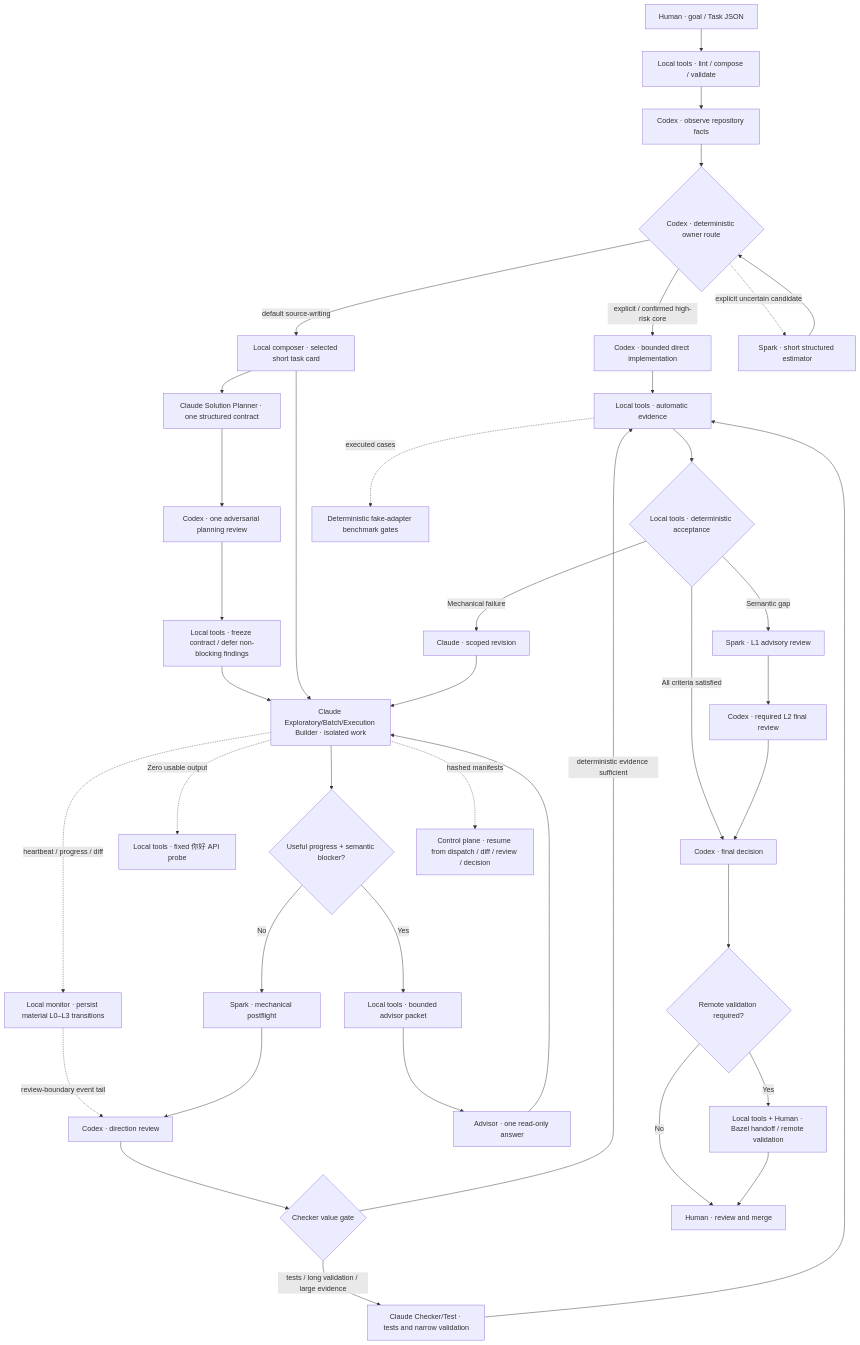
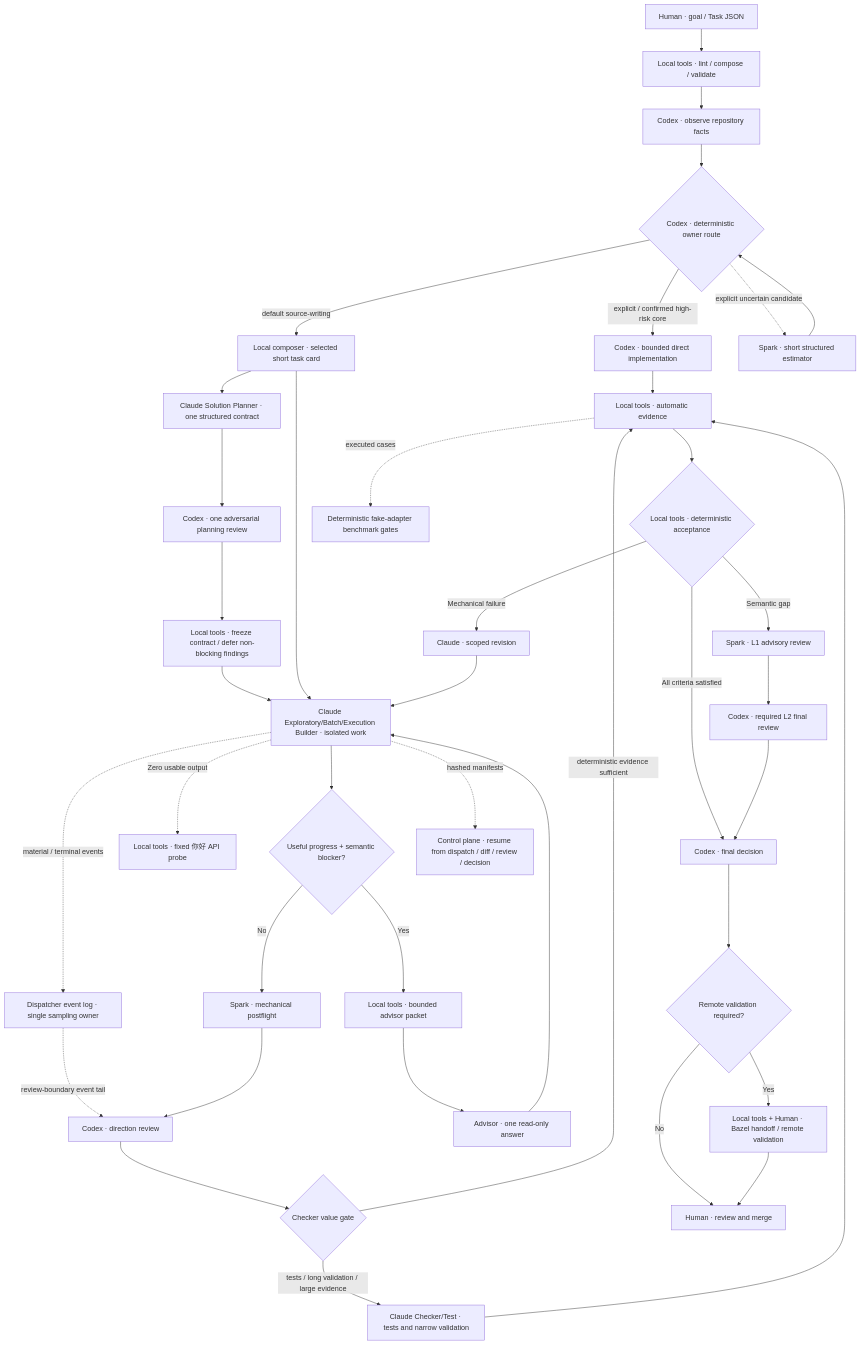
The diagram in README.md (luozj1020/ai-coding-workflow), drawn with Mermaid before and after one commit. The commit also changed other lines of this file and 61 other files, not shown here.

````diff
--- a/README.md
+++ b/README.md
@@ -86,42 +88,42 @@
 ```mermaid
 flowchart TD
     U[Human · goal / Task JSON] --> L[Local tools · lint / compose / validate]
     L --> F[Codex · observe repository facts]
     F --> R{Codex · deterministic owner route}
     R -- explicit / confirmed high-risk core --> CD[Codex · bounded direct implementation]
     CD --> E
     R -- default source-writing --> C[Local composer · selected short task card]
     C --> CPL[Claude Solution Planner · one structured contract]
     CPL --> CAR[Codex · one adversarial planning review]
     CAR --> CF[Local tools · freeze contract / defer non-blocking findings]
     CF --> D
     C --> D[Claude Exploratory/Batch/Execution Builder · isolated work]
     R -. explicit uncertain candidate .-> S0[Spark · short structured estimator]
     S0 --> R
-    D -. heartbeat / progress / diff .-> MON[Local monitor · persist material L0–L3 transitions]
+    D -. material / terminal events .-> MON[Dispatcher event log · single sampling owner]
     MON -. review-boundary event tail .-> CR
     D --> Q{Useful progress + semantic blocker?}
     Q -- No --> SP[Spark · mechanical postflight]
     Q -- Yes --> AP[Local tools · bounded advisor packet]
     AP --> AV[Advisor · one read-only answer]
     AV --> D
     D -. Zero usable output .-> HP[Local tools · fixed 你好 API probe]
     SP --> CR[Codex · direction review]
     CR --> CV{Checker value gate}
     CV -- deterministic evidence sufficient --> E
     CV -- tests / long validation / large evidence --> CT[Claude Checker/Test · tests and narrow validation]
     CT --> E[Local tools · automatic evidence]
     E --> A{Local tools · deterministic acceptance}
     A -- Mechanical failure --> LR[Claude · scoped revision]
     A -- Semantic gap --> S[Spark · L1 advisory review]
     S --> X[Codex · required L2 final review]
     A -- All criteria satisfied --> FD[Codex · final decision]
     X --> FD
     LR --> D
     FD --> H{Remote validation required?}
     H -- Yes --> RH[Local tools + Human · Bazel handoff / remote validation]
     H -- No --> M[Human · review and merge]
     RH --> M
     D -. hashed manifests .-> RS[Control plane · resume from dispatch / diff / review / decision]
     E -. executed cases .-> BM[Deterministic fake-adapter benchmark gates]
 ```
````
